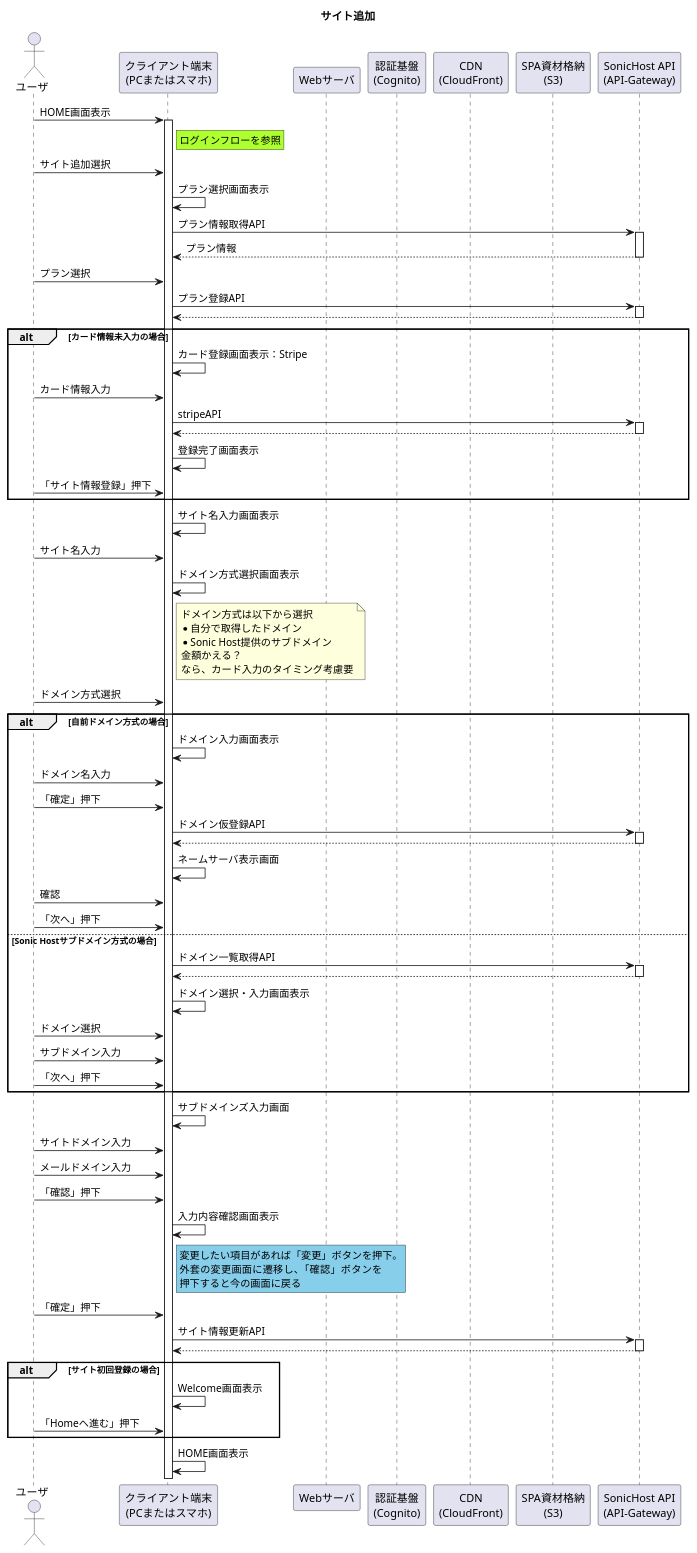
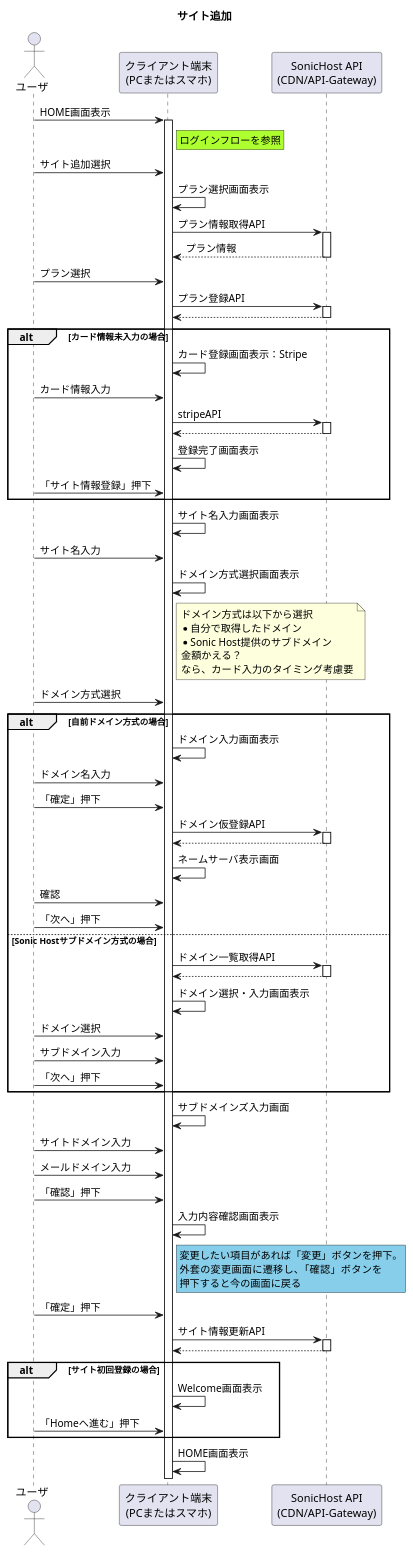
Before and after one commit to Sonic-Host/documents: the diagram in 01_Sequences/04_SiteRegistration/01_AddSite/addSiteFlow.pu, drawn with PlantUML. The commit also changed 1 other file, not shown here.

```diff
--- a/01_Sequences/04_SiteRegistration/01_AddSite/addSiteFlow.pu
+++ b/01_Sequences/04_SiteRegistration/01_AddSite/addSiteFlow.pu
@@ -1,81 +1,77 @@
 @startuml  サイト追加
 title サイト追加
 
 ' アクター定義
 actor "ユーザ" as user
 participant "クライアント端末\n(PCまたはスマホ)" as device
-participant "Webサーバ" as site
-participant "認証基盤\n(Cognito)" as cognito
-participant "CDN\n(CloudFront)" as cdn
-participant "SPA資材格納\n(S3)" as spa
-participant "SonicHost API\n(API-Gateway)" as api
+participant "SonicHost API\n(CDN/API-Gateway)" as api
 
 
 user -> device ++: HOME画面表示
 rnote right of device #GreenYellow
     ログインフローを参照
 end note
 user -> device : サイト追加選択
 
 device -> device : プラン選択画面表示
 device -> api ++ : プラン情報取得API
 device <-- api -- : プラン情報
 user -> device : プラン選択
 device -> api ++ : プラン登録API
 device <-- api -- 
 alt カード情報未入力の場合
     device -> device : カード登録画面表示：Stripe
     user -> device : カード情報入力
     device -> api ++ : stripeAPI
     device <-- api -- 
     device -> device : 登録完了画面表示
     user -> device : 「サイト情報登録」押下
 end 
 device -> device : サイト名入力画面表示
 user -> device : サイト名入力
 device -> device : ドメイン方式選択画面表示
 note right of device 
     ドメイン方式は以下から選択
     * 自分で取得したドメイン
     * Sonic Host提供のサブドメイン
     金額かえる？
     なら、カード入力のタイミング考慮要
 end note
 user -> device : ドメイン方式選択
 alt 自前ドメイン方式の場合
     device -> device :ドメイン入力画面表示
     user -> device : ドメイン名入力
     user -> device : 「確定」押下
     device -> api ++ : ドメイン仮登録API
     device <-- api -- 
     device -> device : ネームサーバ表示画面
     user -> device : 確認
     user -> device : 「次へ」押下
 else Sonic Hostサブドメイン方式の場合
     device -> api ++ : ドメイン一覧取得API
     device <-- api -- 
     device -> device : ドメイン選択・入力画面表示
     user -> device : ドメイン選択
     user -> device : サブドメイン入力
     user -> device : 「次へ」押下
 end 
 device -> device : サブドメインズ入力画面
 user -> device : サイトドメイン入力
 user -> device : メールドメイン入力
 user -> device : 「確認」押下
 device -> device : 入力内容確認画面表示
 rnote right of device #SkyBlue
     変更したい項目があれば「変更」ボタンを押下。
     外套の変更画面に遷移し、「確認」ボタンを
     押下すると今の画面に戻る
 end note
 user -> device : 「確定」押下
 device -> api ++ : サイト情報更新API
 device <-- api -- 
 alt サイト初回登録の場合
     device -> device : Welcome画面表示
     user -> device : 「Homeへ進む」押下
 end 
 device -> device : HOME画面表示
 
 @enduml
```
